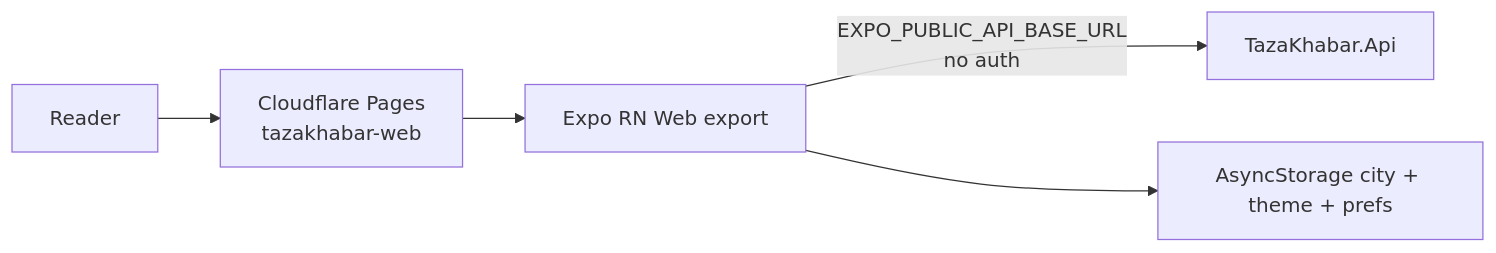
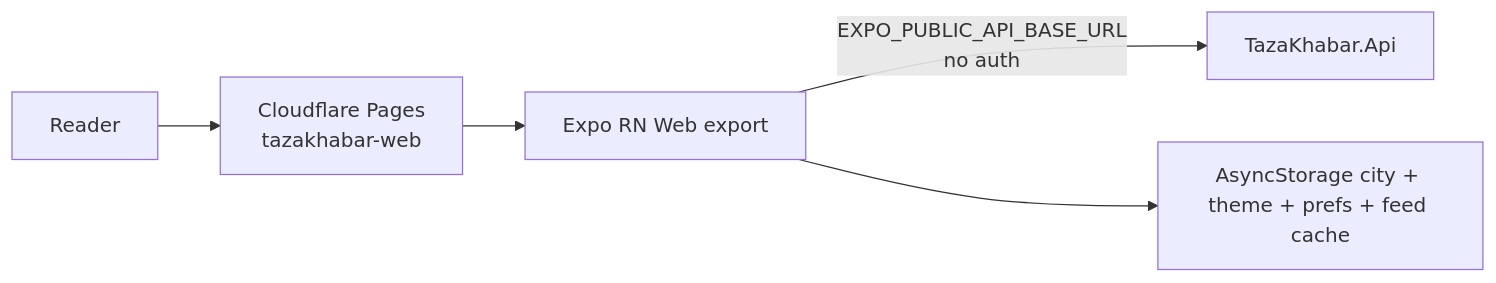
The first of 2 diagrams in docs/architecture/06-reader-app.md (sshivanshg/TAZAkhabar), drawn with Mermaid before and after one commit. The commit also changed other lines of this file and 7 other files, not shown here.

````diff
--- a/docs/architecture/06-reader-app.md
+++ b/docs/architecture/06-reader-app.md
@@ -32,7 +32,7 @@
 ```mermaid
 flowchart LR
   User[Reader] --> Pages[Cloudflare Pages<br/>tazakhabar-web]
   Pages --> Expo[Expo RN Web export]
   Expo -->|EXPO_PUBLIC_API_BASE_URL<br/>no auth| API[TazaKhabar.Api]
-  Expo --> Storage[AsyncStorage city + theme + prefs]
+  Expo --> Storage[AsyncStorage city + theme + prefs + feed cache]
 ```
````
